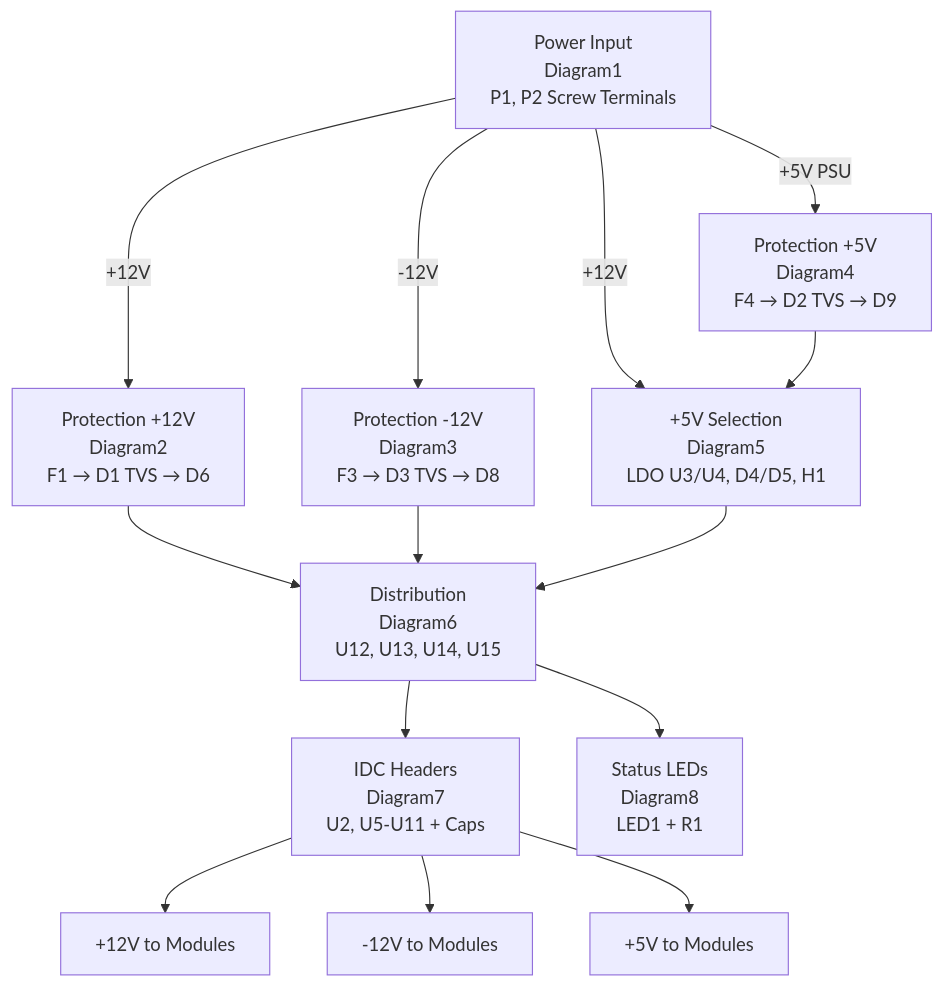
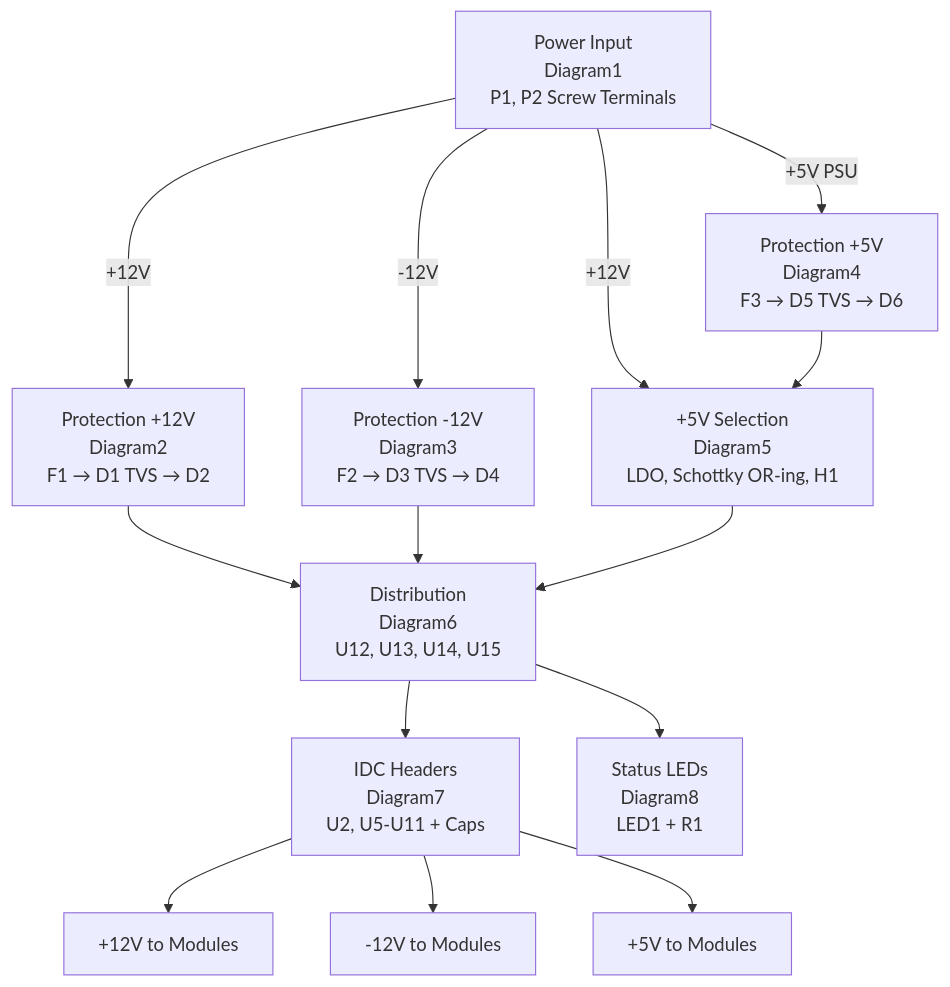
The diagram in doc/docs/overview/circuit-diagrams.mdx (Takazudo/zudo-bus), drawn with Mermaid before and after one commit. The commit also changed other lines of this file and 1 other file, not shown here.

First line of the commit message:
Add Diagrams 1-5 to schematic with documentation updates

````diff
--- a/doc/docs/overview/circuit-diagrams.mdx
+++ b/doc/docs/overview/circuit-diagrams.mdx
@@ -13,55 +13,55 @@
 ```mermaid
 flowchart TD
     IN["Power Input
     Diagram1
     P1, P2 Screw Terminals"]
 
     PROT12["Protection +12V
     Diagram2
-    F1 → D1 TVS → D6"]
+    F1 → D1 TVS → D2"]
 
     PROTN12["Protection -12V
     Diagram3
-    F3 → D3 TVS → D8"]
+    F2 → D3 TVS → D4"]
 
     PROT5["Protection +5V
     Diagram4
-    F4 → D2 TVS → D9"]
+    F3 → D5 TVS → D6"]
 
     SEL5["+5V Selection
     Diagram5
-    LDO U3/U4, D4/D5, H1"]
+    LDO, Schottky OR-ing, H1"]
 
     DIST["Distribution
     Diagram6
     U12, U13, U14, U15"]
 
     IDC["IDC Headers
     Diagram7
     U2, U5-U11 + Caps"]
 
     LED["Status LEDs
     Diagram8
     LED1 + R1"]
 
     OUT1["+12V to Modules"]
     OUT2["-12V to Modules"]
     OUT3["+5V to Modules"]
 
     IN -->|"+12V"| PROT12
     IN -->|"-12V"| PROTN12
     IN -->|"+5V PSU"| PROT5
     IN -->|"+12V"| SEL5
 
     PROT12 --> DIST
     PROTN12 --> DIST
     PROT5 --> SEL5
     SEL5 --> DIST
 
     DIST --> IDC
     IDC --> OUT1
     IDC --> OUT2
     IDC --> OUT3
 
     DIST --> LED
 ```
````
